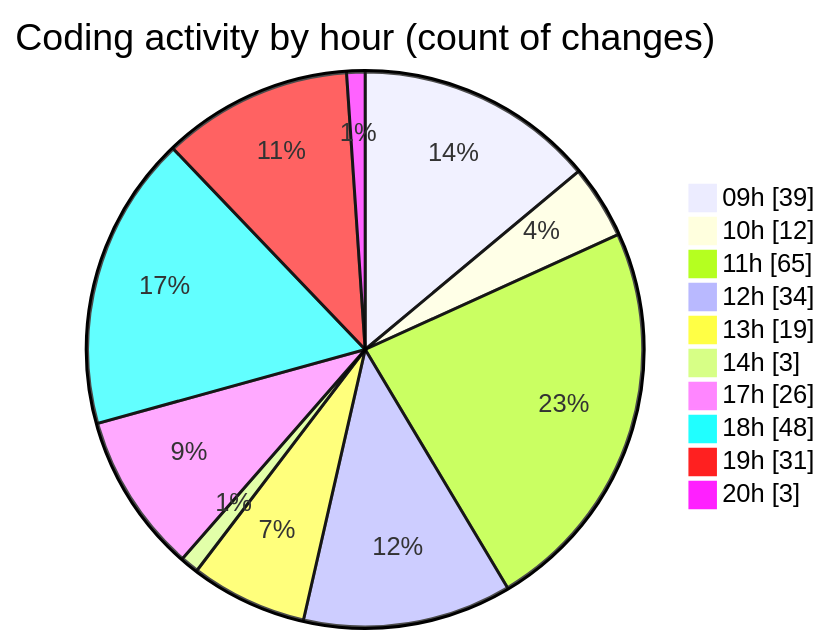
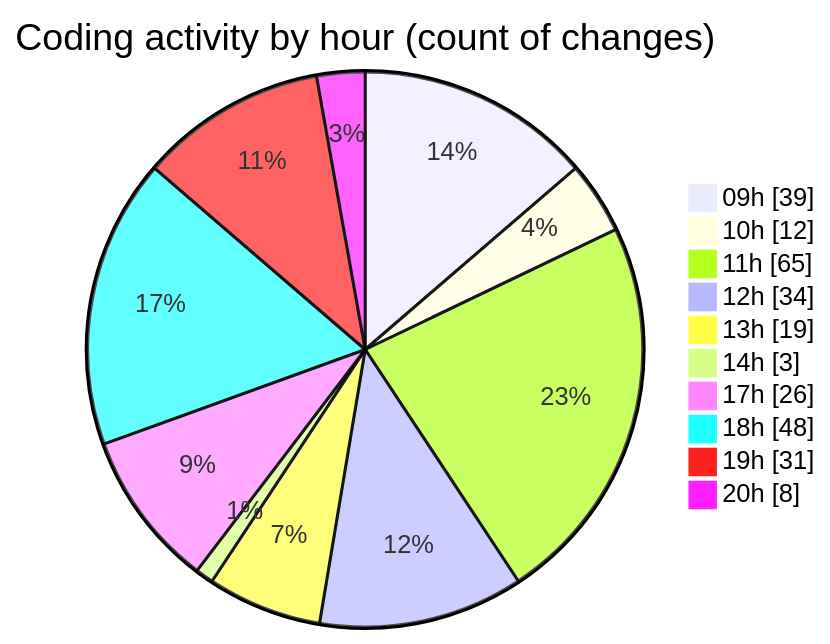
The second of 2 diagrams in 2025-03-04/cda/README.md (momahboobian/code-tracking), drawn with Mermaid before and after one commit. The commit also changed other lines of this file and 1 other file, not shown here.

````diff
--- a/2025-03-04/cda/README.md
+++ b/2025-03-04/cda/README.md
@@ -41,14 +41,14 @@
 ```mermaid
 pie showData
 title Coding activity by hour (count of changes)
 "09h" : 39
 "10h" : 12
 "11h" : 65
 "12h" : 34
 "13h" : 19
 "14h" : 3
 "17h" : 26
 "18h" : 48
 "19h" : 31
-"20h" : 3
+"20h" : 8
 ```
````
